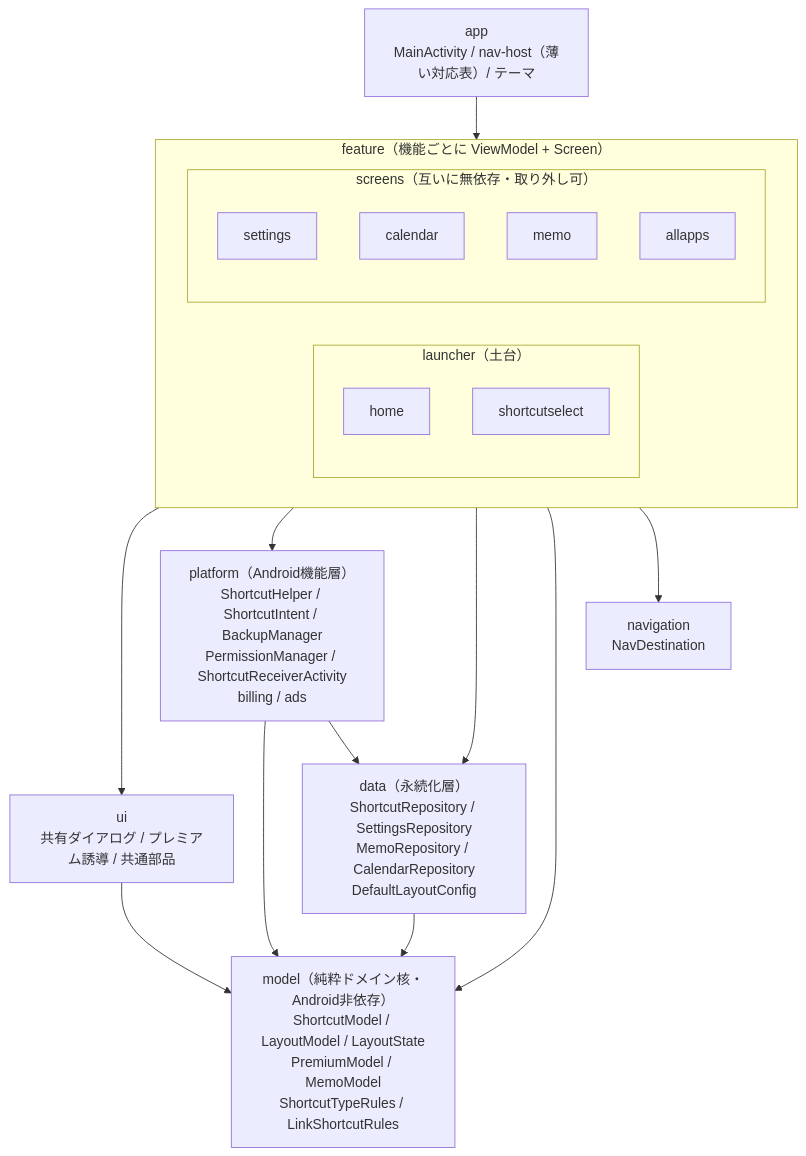
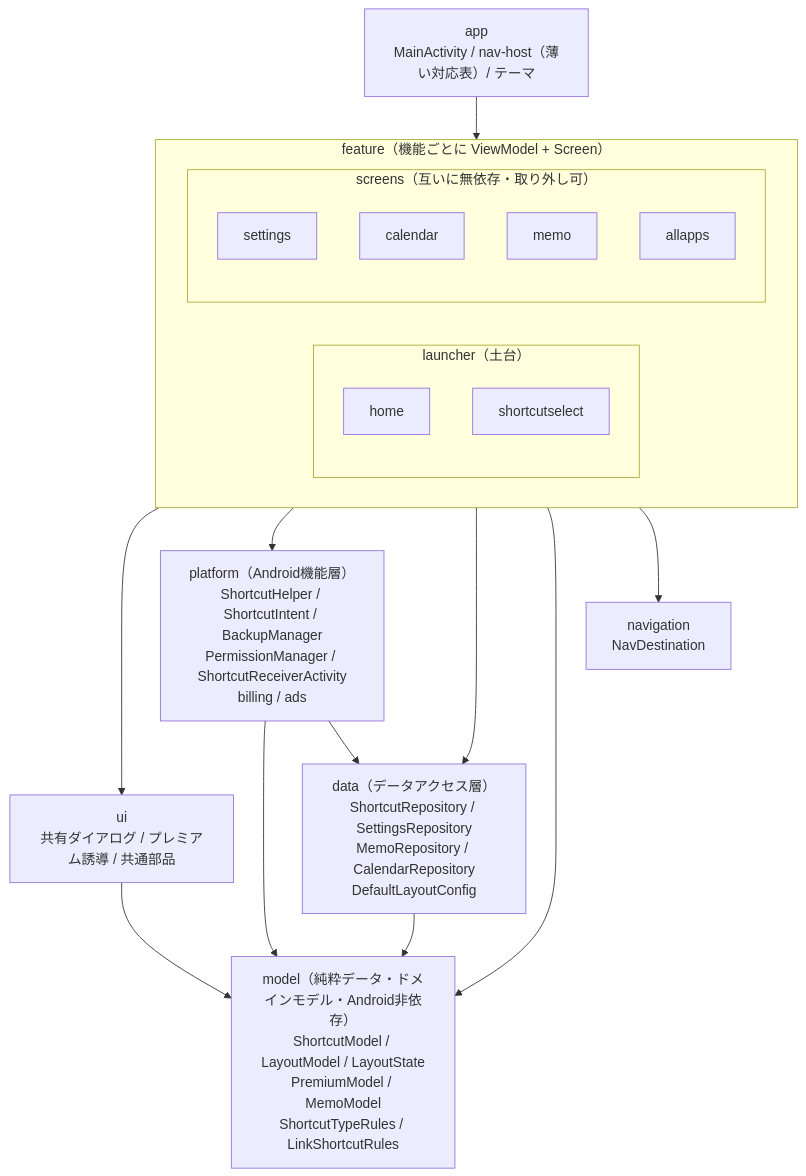
Before and after one commit to coelacanth9/SimpleCustomLauncherRefactor: the diagram in doc/パッケージ構成.md, drawn with Mermaid.

Commit message:
doc: パッケージ構成図の表現を修正（model/data/の説明を正確に）

````diff
--- a/doc/パッケージ構成.md
+++ b/doc/パッケージ構成.md
@@ -11,34 +11,34 @@
 ```mermaid
 graph TD
     app["app<br/>MainActivity / nav-host（薄い対応表）/ テーマ"]
 
     subgraph feature["feature（機能ごとに ViewModel + Screen）"]
       subgraph launcher["launcher（土台）"]
         home[home]
         shortcutselect[shortcutselect]
       end
       subgraph screens["screens（互いに無依存・取り外し可）"]
         settings[settings]
         calendar[calendar]
         memo[memo]
         allapps[allapps]
       end
     end
 
     ui["ui<br/>共有ダイアログ / プレミアム誘導 / 共通部品"]
     platform["platform（Android機能層）<br/>ShortcutHelper / ShortcutIntent / BackupManager<br/>PermissionManager / ShortcutReceiverActivity<br/>billing / ads"]
-    data["data（永続化層）<br/>ShortcutRepository / SettingsRepository<br/>MemoRepository / CalendarRepository<br/>DefaultLayoutConfig"]
-    model["model（純粋ドメイン核・Android非依存）<br/>ShortcutModel / LayoutModel / LayoutState<br/>PremiumModel / MemoModel<br/>ShortcutTypeRules / LinkShortcutRules"]
+    data["data（データアクセス層）<br/>ShortcutRepository / SettingsRepository<br/>MemoRepository / CalendarRepository<br/>DefaultLayoutConfig"]
+    model["model（純粋データ・ドメインモデル・Android非依存）<br/>ShortcutModel / LayoutModel / LayoutState<br/>PremiumModel / MemoModel<br/>ShortcutTypeRules / LinkShortcutRules"]
     navigation["navigation<br/>NavDestination"]
 
     app --> feature
     feature --> ui
     feature --> platform
     feature --> data
     feature --> model
     feature --> navigation
     ui --> model
     data --> model
     platform --> model
     platform --> data
 ```
````
